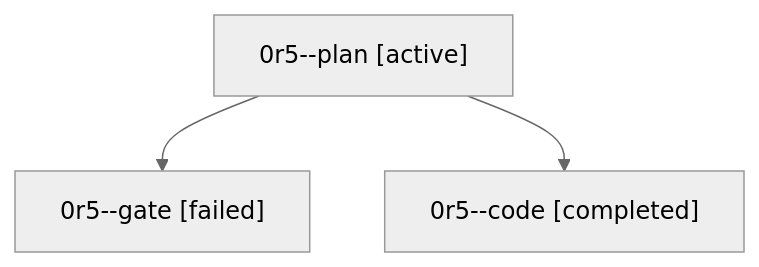
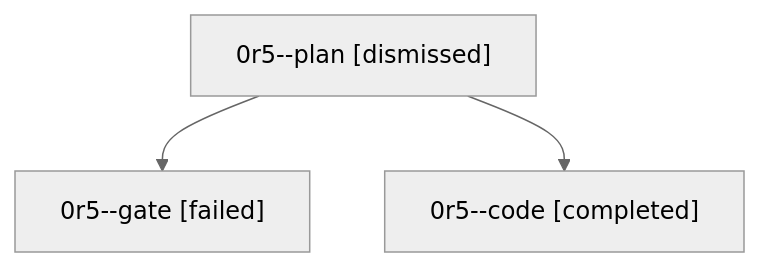
One commit to sase-org/sase--agents changed the diagram in sessions/bbugyi200.athena.0r5.md. Above: the diagram before and after it, drawn with Mermaid (neutral theme). The commit also changed other lines of this file and 28 other files, not shown here.

````diff
--- a/sessions/bbugyi200.athena.0r5.md
+++ b/sessions/bbugyi200.athena.0r5.md
@@ -9,8 +9,8 @@
 ```mermaid
 flowchart TD
-  n0["0r5--plan [active]"]
+  n0["0r5--plan [dismissed]"]
   n1["0r5--gate [failed]"]
   n0 --> n1
   n2["0r5--code [completed]"]
   n0 --> n2
 ```
````
